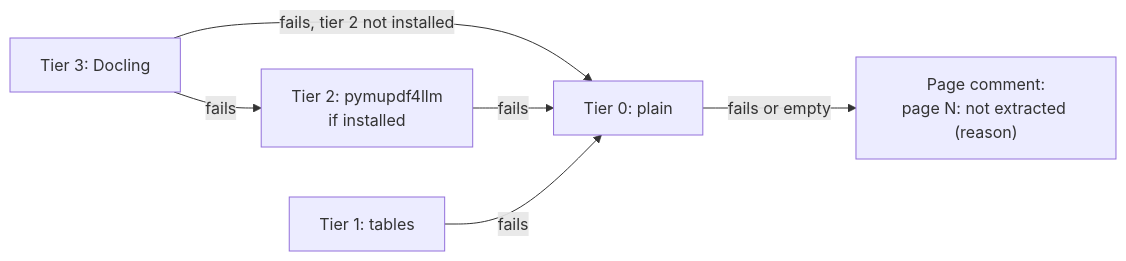
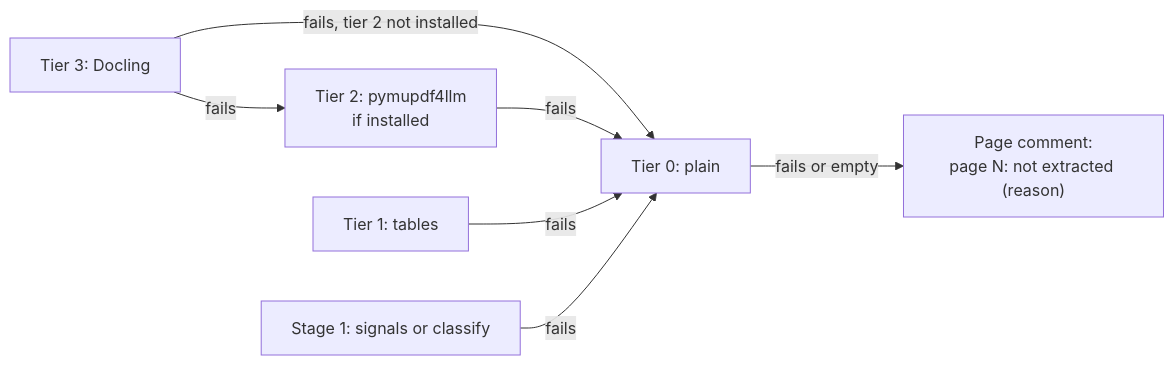
Before and after one commit to MoatasemEbrahim/gpt-researcher-with-PDF-router: the fourth of 10 diagrams in gpt_researcher/scraper/pdf_router/README.md, drawn with Mermaid. The commit also changed other lines of this file and 6 other files, not shown here.

````diff
--- a/gpt_researcher/scraper/pdf_router/README.md
+++ b/gpt_researcher/scraper/pdf_router/README.md
@@ -107,8 +111,9 @@
 ```mermaid
 flowchart LR
     D3["Tier 3: Docling"] -->|"fails"| D2["Tier 2: pymupdf4llm<br/>if installed"]
     D3 -->|"fails, tier 2 not installed"| D0
     D2 -->|"fails"| D0["Tier 0: plain"]
     D1["Tier 1: tables"] -->|"fails"| D0
     D0 -->|"fails or empty"| X["Page comment:<br/>page N: not extracted (reason)"]
+    S1["Stage 1: signals or classify"] -->|"fails"| D0
 ```
````
